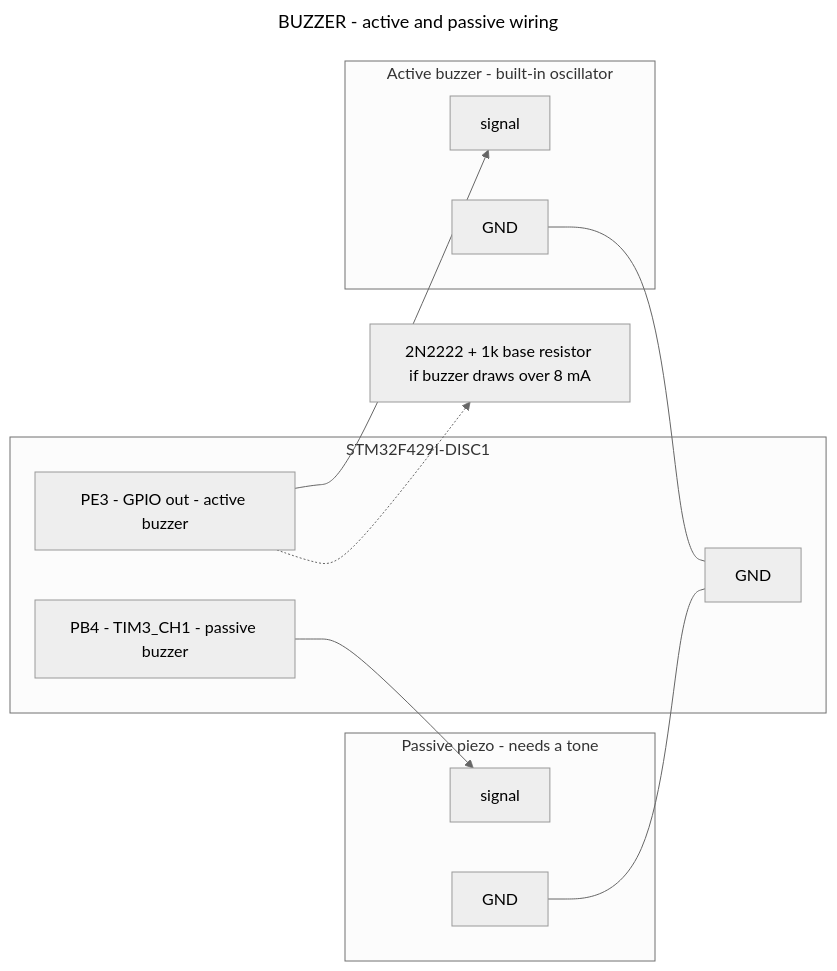
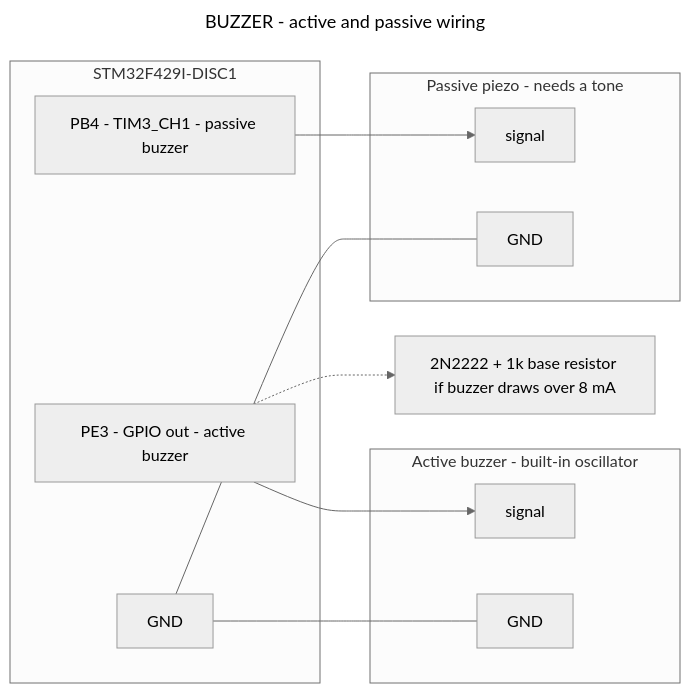
The diagram in Sensor_Cons/Peripherals/BUZZER/buzzer_wiring.mmd (Ekpenyong-Esu/BareMetalMCU2), drawn with Mermaid (neutral theme) before and after one commit. The commit also changed 19 other files, not shown here.

First line of the commit message:
Rank every wiring diagram into a single row

```diff
--- a/Sensor_Cons/Peripherals/BUZZER/buzzer_wiring.mmd
+++ b/Sensor_Cons/Peripherals/BUZZER/buzzer_wiring.mmd
@@ -1,31 +1,31 @@
 ---
 title: BUZZER - active and passive wiring
 ---
 %% Driver takes any port/pin (active mode) or any timer channel (passive mode).
 %% No defaults in code; PE3 and PB4 are free in project.ioc.
 %% An active buzzer makes its own tone from a steady level.
 %% A passive piezo needs the PWM frequency to set the pitch.
 flowchart LR
     subgraph MCU["STM32F429I-DISC1"]
         GP["PE3 - GPIO out - active buzzer"]
         PWM["PB4 - TIM3_CH1 - passive buzzer"]
         GND["GND"]
     end
 
     subgraph ACT["Active buzzer - built-in oscillator"]
         aI["signal"]
         aG["GND"]
     end
 
     subgraph PAS["Passive piezo - needs a tone"]
         pI["signal"]
         pG["GND"]
     end
 
     NPN["2N2222 + 1k base resistor if buzzer draws over 8 mA"]
 
     GP --> aI
-    aG --- GND
+    GND --- aG
     PWM --> pI
-    pG --- GND
+    GND --- pG
     GP -.-> NPN
```
